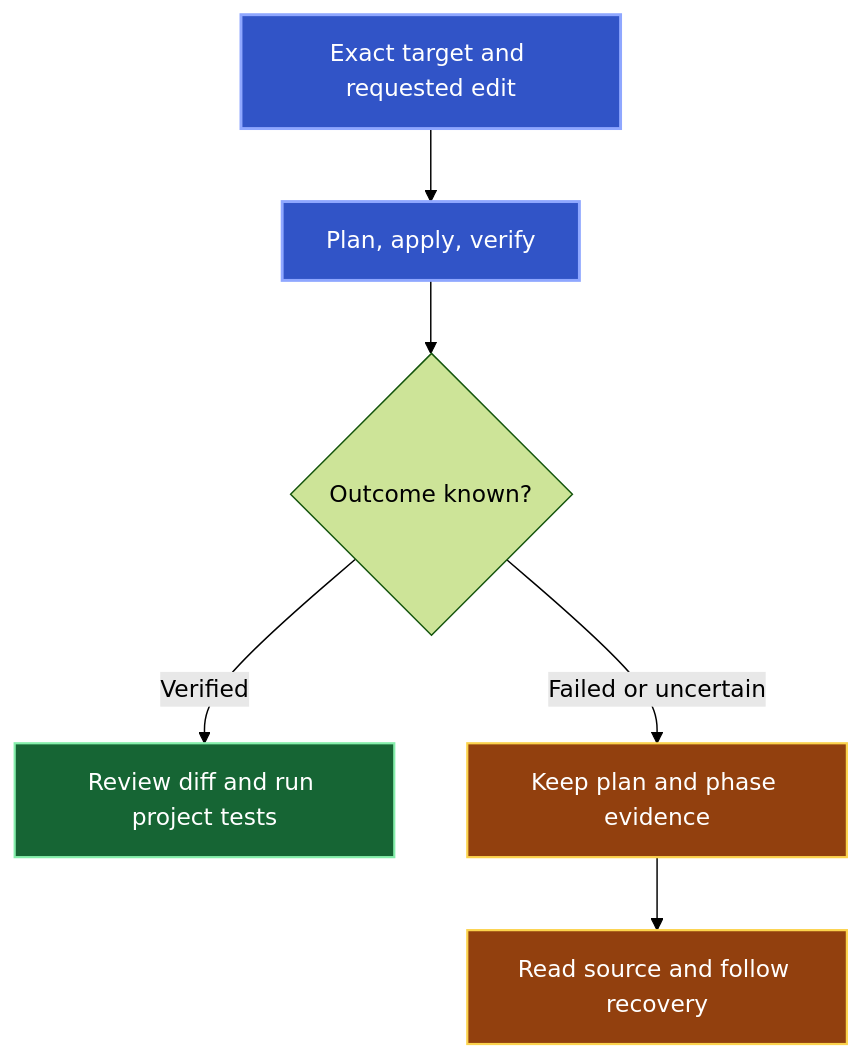
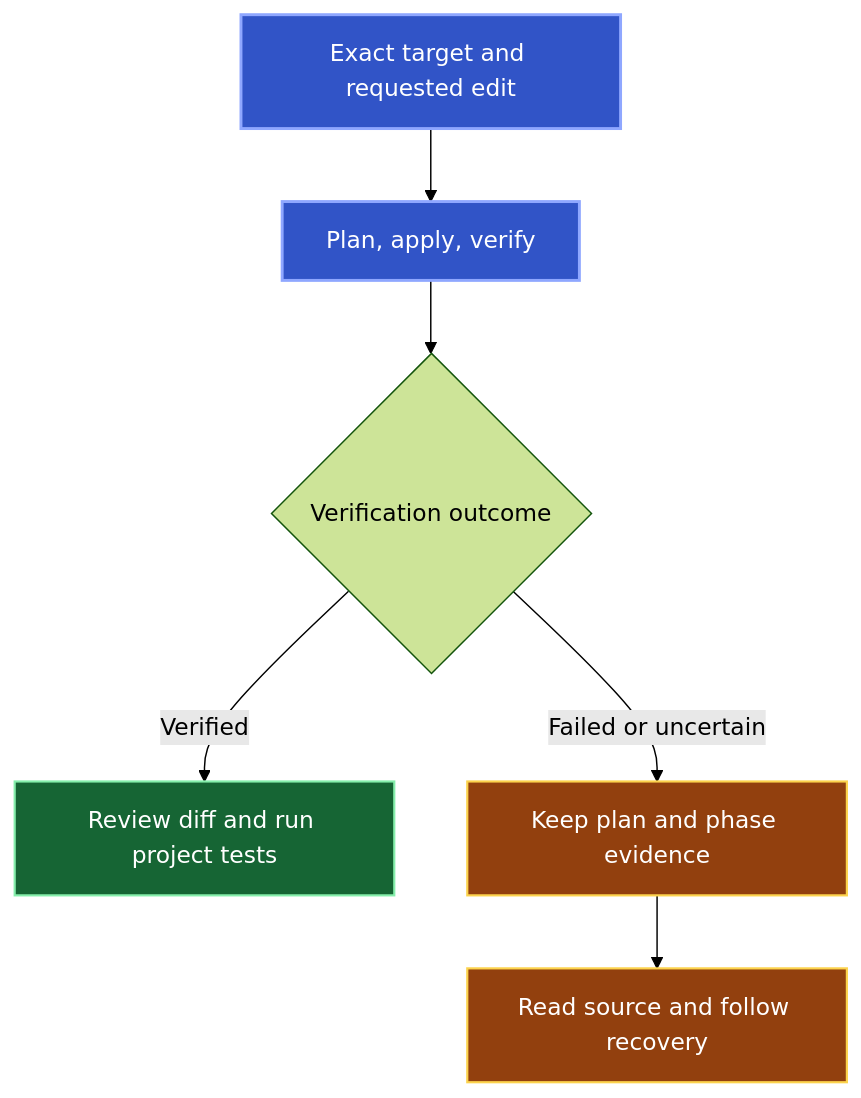
The diagram in docs/public/change.mdx (amichne/kast), drawn with Mermaid (forest theme) before and after one commit.

Commit message:
Updated mintlify pages
- Updated docs/public/change.mdx

Mintlify-Source: dashboard-editor

````diff
--- a/docs/public/change.mdx
+++ b/docs/public/change.mdx
@@ -29,17 +29,17 @@
 ```mermaid
 flowchart TB
   accTitle: A write requires verification or recovery before another write
   accDescr: An exact target enters the change workflow. Verified edits proceed to review. Failed verification or a lost response requires source inspection and recovery before any retry.
   A["Exact target and requested edit"] --> B["Plan, apply, verify"]
-  B --> C{"Outcome known?"}
+  B --> C{"Verification outcome"}
   C -->|Verified| D["Review diff and run project tests"]
   C -->|Failed or uncertain| E["Keep plan and phase evidence"]
   E --> F["Read source and follow recovery"]
   class A,B authority;
   class D evidence;
   class E,F limited;
   classDef authority fill:#3154C7,color:#FFFFFF,stroke:#8FA7FF,stroke-width:2px;
   classDef evidence fill:#166534,color:#FFFFFF,stroke:#86EFAC,stroke-width:1.5px;
   classDef limited fill:#92400E,color:#FFFFFF,stroke:#FCD34D,stroke-width:1.5px;
   classDef rejected fill:#991B1B,color:#FFFFFF,stroke:#FCA5A5,stroke-width:1.5px;
 ```
````
